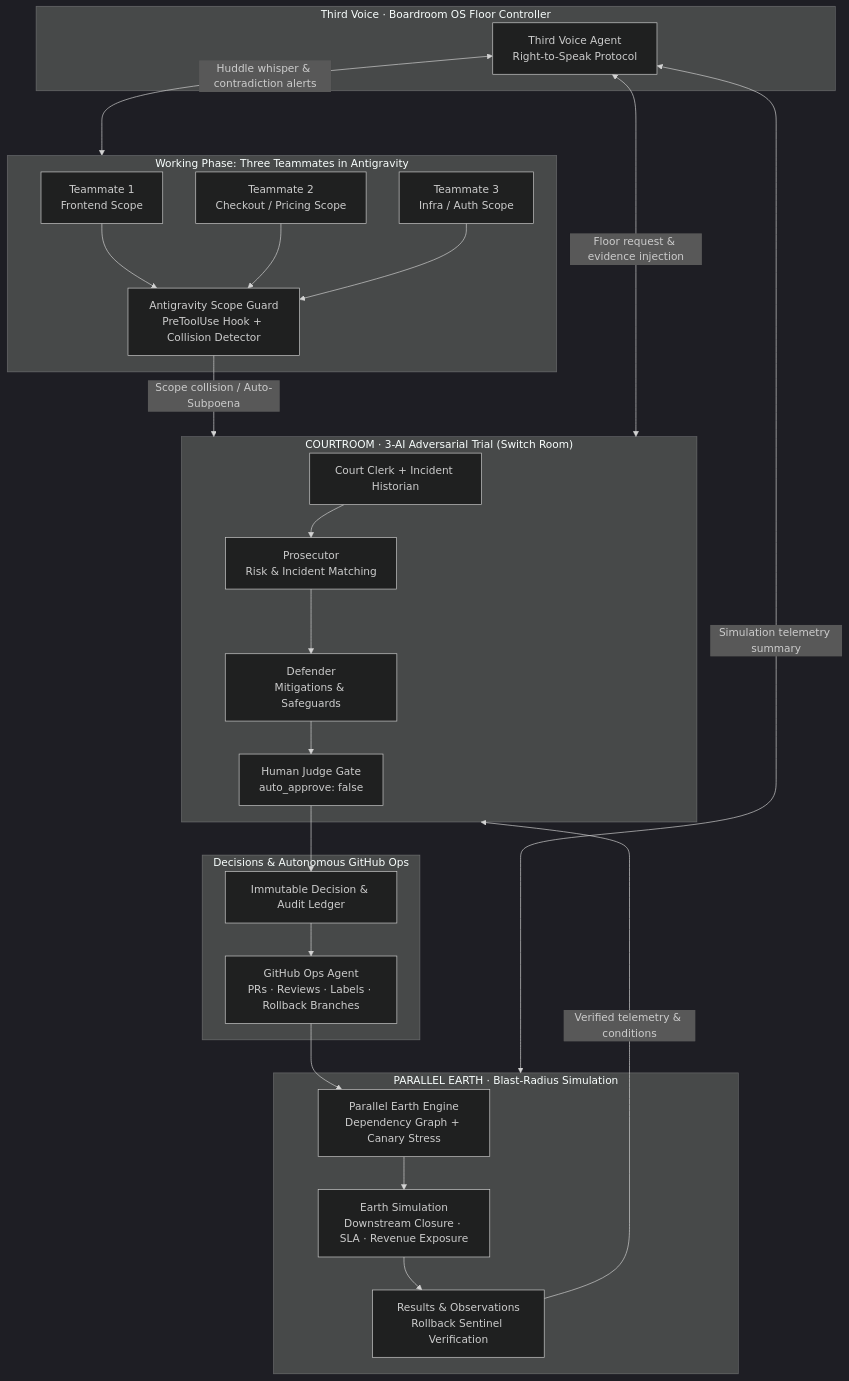
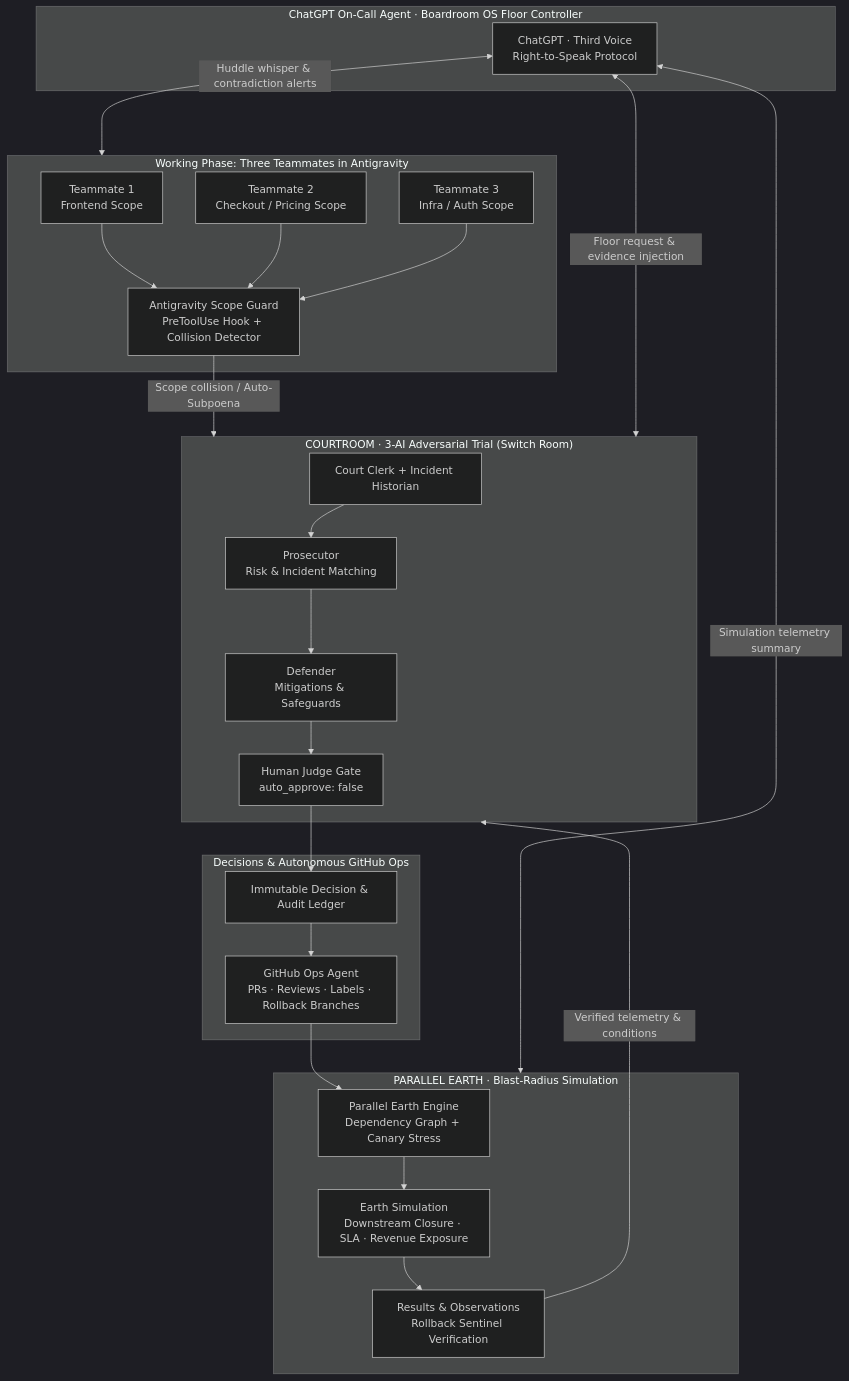
The second of 4 diagrams in README.md (GaneshNair007/switch-AI), drawn with Mermaid (dark theme) before and after one commit. The commit also changed other lines of this file and 10 other files, not shown here.

Commit message:
docs: add ChatGPT on-call agent, oncall.svg, and chapter-14 diagrams

````diff
--- a/README.md
+++ b/README.md
@@ -168,41 +169,41 @@
 ```mermaid
 flowchart TB
-  subgraph VOICE["Third Voice · Boardroom OS Floor Controller"]
-    TV["Third Voice Agent<br/>Right-to-Speak Protocol"]
+  subgraph VOICE["ChatGPT On-Call Agent · Boardroom OS Floor Controller"]
+    TV["ChatGPT · Third Voice<br/>Right-to-Speak Protocol"]
   end
 
   subgraph WORK["Working Phase: Three Teammates in Antigravity"]
     T1["Teammate 1<br/>Frontend Scope"]
     T2["Teammate 2<br/>Checkout / Pricing Scope"]
     T3["Teammate 3<br/>Infra / Auth Scope"]
     AG["Antigravity Scope Guard<br/>PreToolUse Hook + Collision Detector"]
     T1 & T2 & T3 --> AG
   end
 
   subgraph COURT["COURTROOM · 3-AI Adversarial Trial (Switch Room)"]
     CLK["Court Clerk + Incident Historian"]
     PRO["Prosecutor<br/>Risk & Incident Matching"]
     DEF["Defender<br/>Mitigations & Safeguards"]
     JDG["Human Judge Gate<br/>auto_approve: false"]
     CLK --> PRO --> DEF --> JDG
   end
 
   subgraph DEC["Decisions & Autonomous GitHub Ops"]
     DLED["Immutable Decision & Audit Ledger"]
     GHOPS["GitHub Ops Agent<br/>PRs · Reviews · Labels · Rollback Branches"]
     JDG --> DLED --> GHOPS
   end
 
   subgraph EARTH["PARALLEL EARTH · Blast-Radius Simulation"]
     PE["Parallel Earth Engine<br/>Dependency Graph + Canary Stress"]
     ESIM["Earth Simulation<br/>Downstream Closure · SLA · Revenue Exposure"]
     OBS["Results & Observations<br/>Rollback Sentinel Verification"]
     GHOPS --> PE --> ESIM --> OBS
   end
 
   AG -->|"Scope collision / Auto-Subpoena"| COURT
   TV <-->|"Huddle whisper & contradiction alerts"| WORK
   TV <-->|"Floor request & evidence injection"| COURT
   TV <-->|"Simulation telemetry summary"| EARTH
   OBS -->|"Verified telemetry & conditions"| COURT
 ```
````
